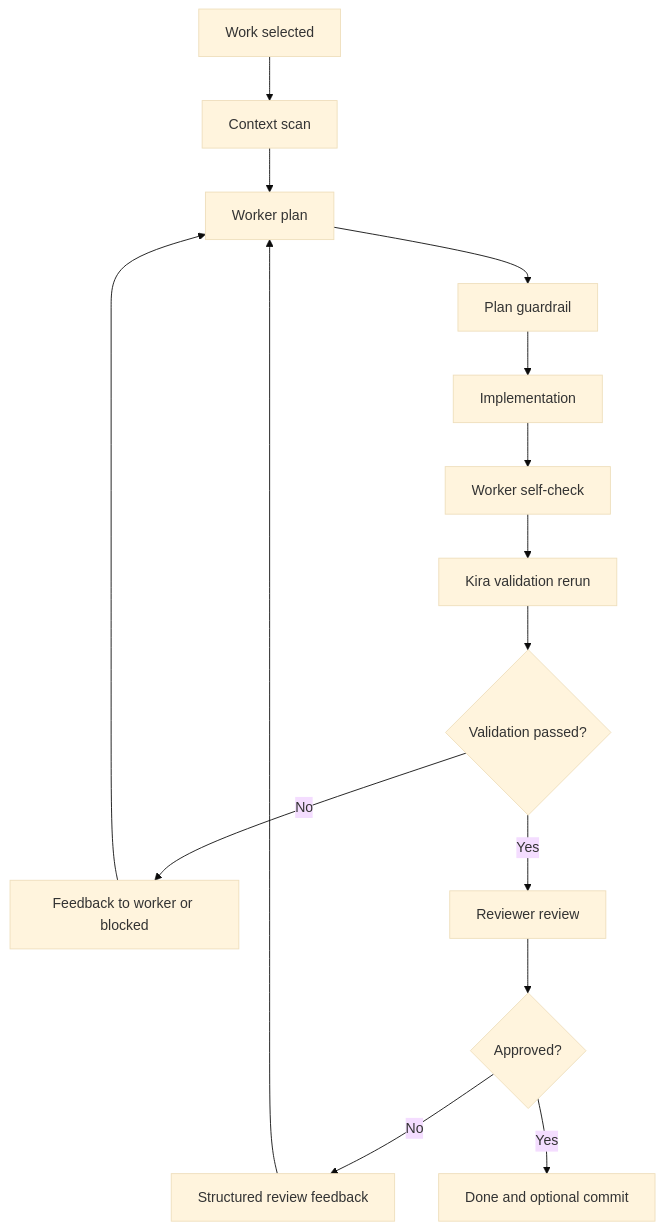
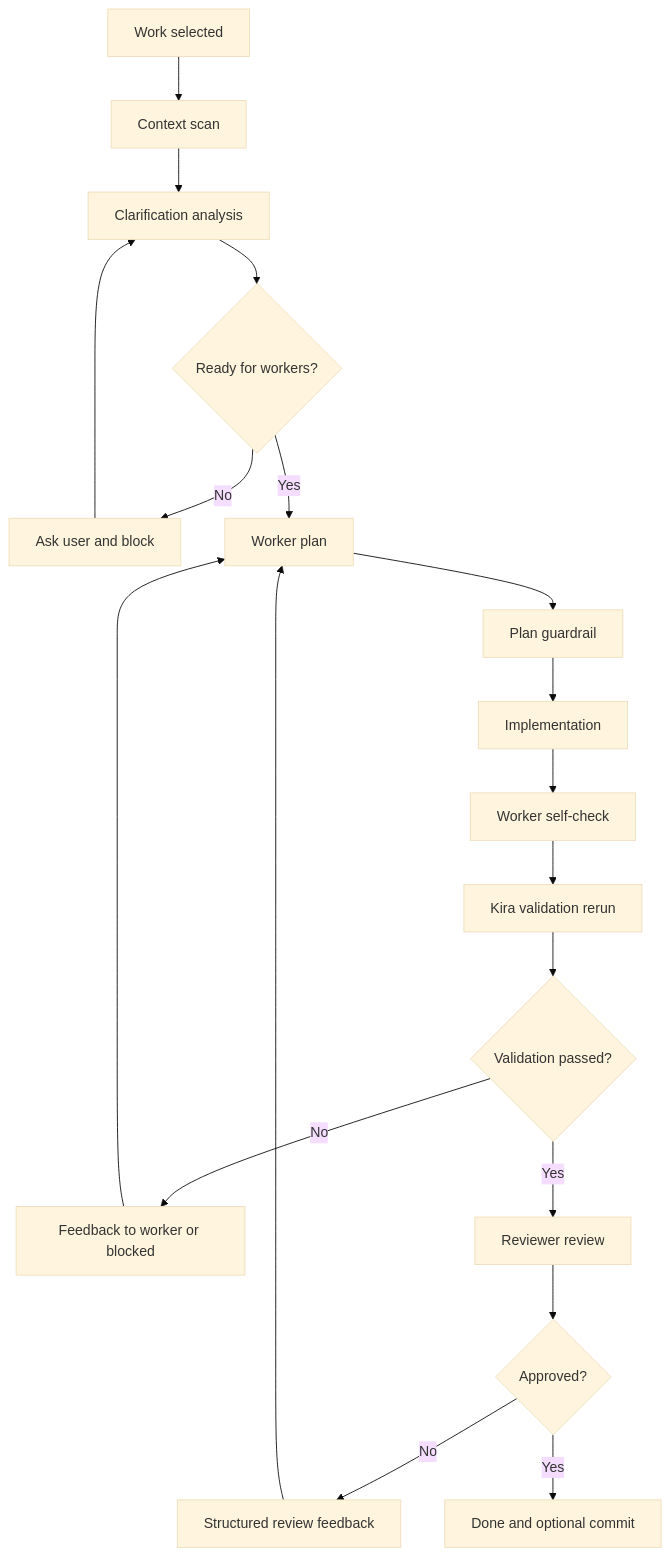
Before and after one commit to kernullist/YourOpenRoom: the diagram in docs/kira-codex-grade-worker-reviewer-plan.md, drawn with Mermaid (base theme). The commit also changed other lines of this file and 52 other files, not shown here.

````diff
--- a/docs/kira-codex-grade-worker-reviewer-plan.md
+++ b/docs/kira-codex-grade-worker-reviewer-plan.md
@@ -58,17 +64,21 @@
 ```mermaid
 flowchart TD
   A["Work selected"] --> B["Context scan"]
-  B --> C["Worker plan"]
-  C --> D["Plan guardrail"]
-  D --> E["Implementation"]
-  E --> F["Worker self-check"]
-  F --> G["Kira validation rerun"]
-  G --> H{"Validation passed?"}
-  H -- "No" --> I["Feedback to worker or blocked"]
-  I --> C
-  H -- "Yes" --> J["Reviewer review"]
-  J --> K{"Approved?"}
-  K -- "No" --> L["Structured review feedback"]
-  L --> C
-  K -- "Yes" --> M["Done and optional commit"]
+  B --> C["Clarification analysis"]
+  C --> D{"Ready for workers?"}
+  D -- "No" --> E["Ask user and block"]
+  E --> C
+  D -- "Yes" --> F["Worker plan"]
+  F --> G["Plan guardrail"]
+  G --> H["Implementation"]
+  H --> I["Worker self-check"]
+  I --> J["Kira validation rerun"]
+  J --> K{"Validation passed?"}
+  K -- "No" --> L["Feedback to worker or blocked"]
+  L --> F
+  K -- "Yes" --> M["Reviewer review"]
+  M --> N{"Approved?"}
+  N -- "No" --> O["Structured review feedback"]
+  O --> F
+  N -- "Yes" --> P["Done and optional commit"]
 ```
````
